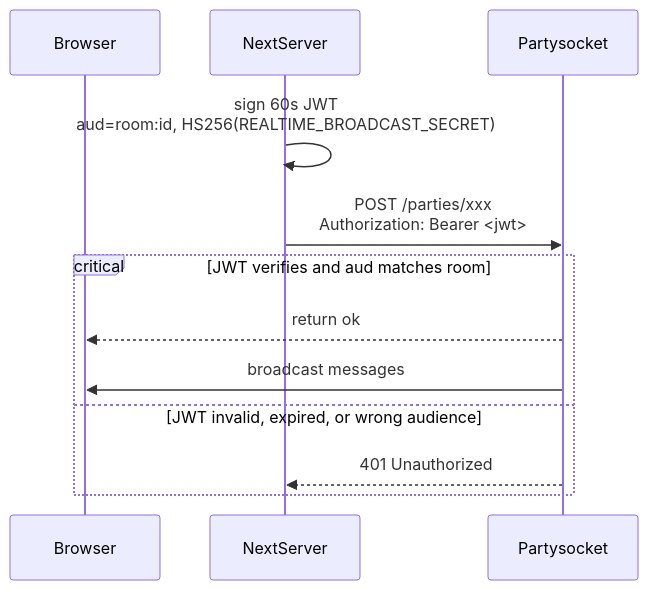
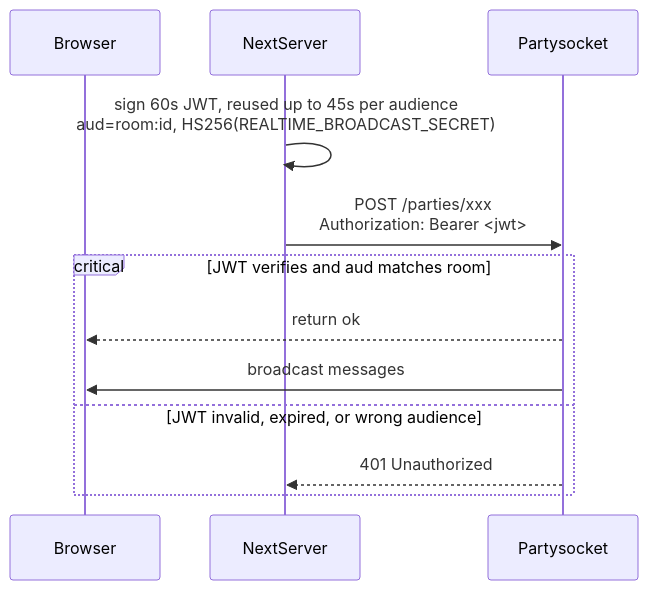
The second of 2 diagrams in docs/websocket.md (ChatbotXIO/ChatbotX), drawn with Mermaid before and after one commit. The commit also changed 34 other files, not shown here.

Commit message:
perf(realtime): reduce sender broadcast cost

````diff
--- a/docs/websocket.md
+++ b/docs/websocket.md
@@ -23,15 +23,15 @@
 ```mermaid
 sequenceDiagram
   participant Browser
   participant NextServer
   participant Partysocket
 
-  NextServer->>NextServer: sign 60s JWT <br> aud=room:id, HS256(REALTIME_BROADCAST_SECRET)
+  NextServer->>NextServer: sign 60s JWT, reused up to 45s per audience <br> aud=room:id, HS256(REALTIME_BROADCAST_SECRET)
   NextServer->>Partysocket: POST /parties/xxx <br> Authorization: Bearer <jwt>
   critical JWT verifies and aud matches room
     Partysocket-->>Browser: return ok
     Partysocket->>Browser: broadcast messages
   option JWT invalid, expired, or wrong audience
     Partysocket-->>NextServer: 401 Unauthorized
   end
 ```
````
